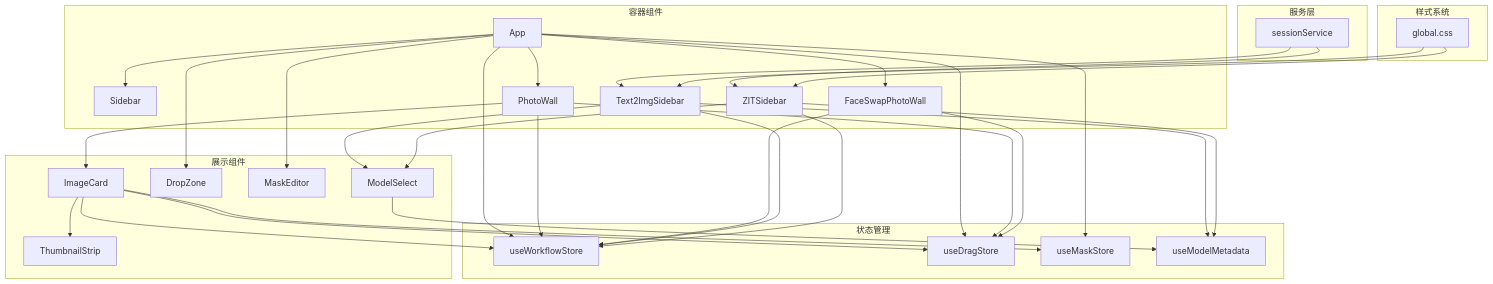
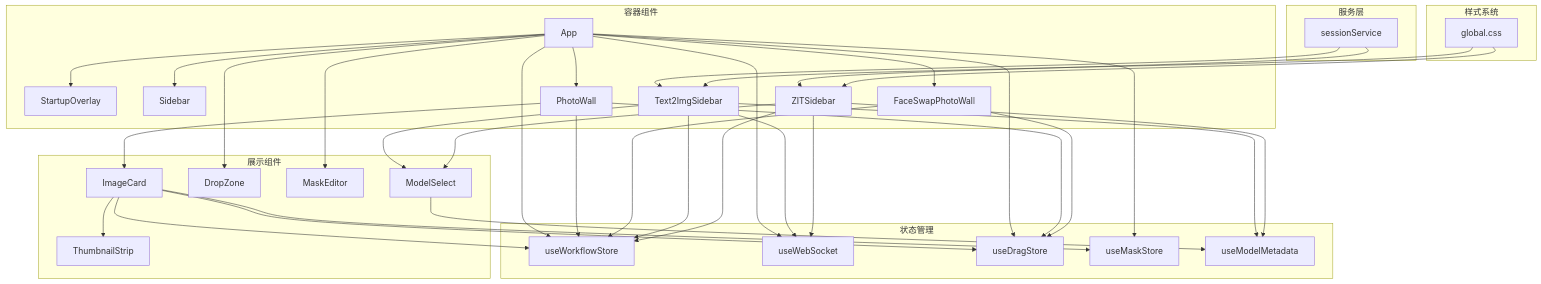
Before and after one commit to billye220670/CorineKit_Pix2Real: the second of 11 diagrams in .qoder/repowiki/zh/content/前端应用/React 组件体系.md, drawn with Mermaid. The commit also changed other lines of this file and 13 other files, not shown here.

````diff
--- a/.qoder/repowiki/zh/content/前端应用/React 组件体系.md
+++ b/.qoder/repowiki/zh/content/前端应用/React 组件体系.md
@@ -137,58 +146,64 @@
 ```mermaid
 graph TB
 subgraph "容器组件"
 APP["App"]
+SO["StartupOverlay"]
 SIDEBAR["Sidebar"]
 PW["PhotoWall"]
 FSPW["FaceSwapPhotoWall"]
 T2IS["Text2ImgSidebar"]
 ZITS["ZITSidebar"]
 end
 subgraph "展示组件"
 IC["ImageCard"]
 DZ["DropZone"]
 TS["ThumbnailStrip"]
 ME["MaskEditor"]
 MS["ModelSelect"]
 end
 subgraph "状态管理"
 WFS["useWorkflowStore"]
+WS["useWebSocket"]
 DRAG["useDragStore"]
 MASK["useMaskStore"]
 MM["useModelMetadata"]
 end
 subgraph "服务层"
 SS["sessionService"]
 end
 subgraph "样式系统"
 GC["global.css"]
 end
+APP --> SO
 APP --> SIDEBAR
 APP --> PW
 APP --> FSPW
 APP --> DZ
 PW --> IC
 IC --> TS
 APP --> ME
 APP --> WFS
+APP --> WS
 APP --> DRAG
 APP --> MASK
 IC --> WFS
 IC --> DRAG
 IC --> MASK
 PW --> WFS
 PW --> DRAG
 FSPW --> WFS
 FSPW --> DRAG
 T2IS --> MS
 T2IS --> MM
 T2IS --> WFS
+T2IS --> WS
 ZITS --> MS
 ZITS --> MM
 ZITS --> WFS
+ZITS --> WS
 MS --> MM
 SS --> T2IS
 SS --> ZITS
 GC --> T2IS
 GC --> ZITS
 ```
````
